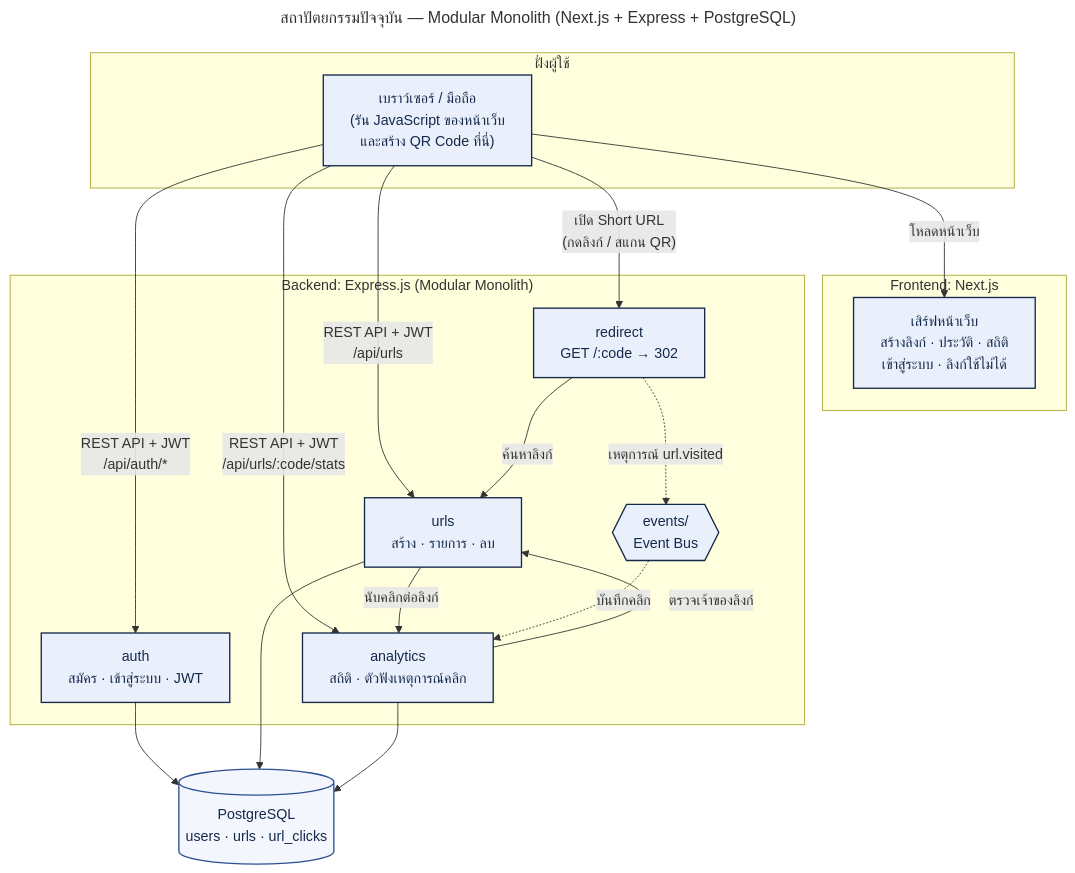
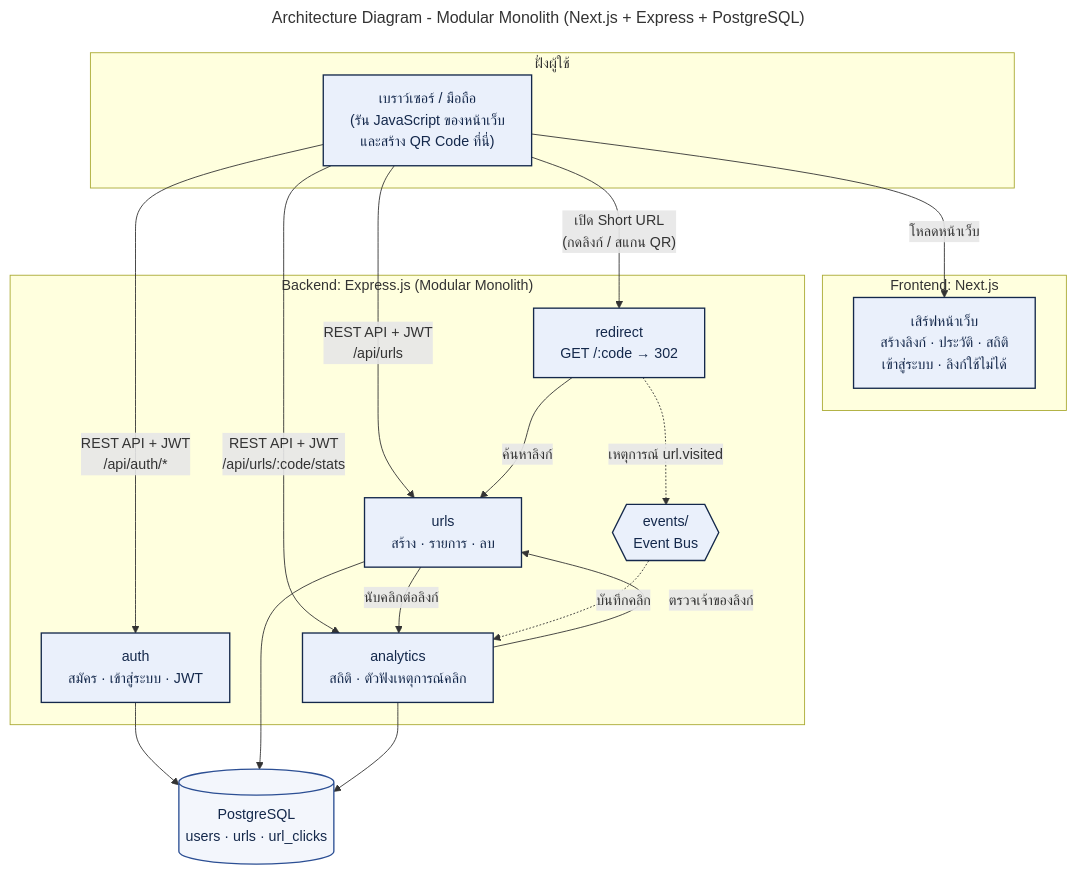
The diagram in docs/architecture-current.mmd (Theesud/short-url), drawn with Mermaid before and after one commit. The commit also changed 3 other files, not shown here.

Commit message:
docs: add proposed microservice architecture diagram

```diff
--- a/docs/architecture-current.mmd
+++ b/docs/architecture-current.mmd
@@ -1,42 +1,42 @@
 ---
-title: "สถาปัตยกรรมปัจจุบัน — Modular Monolith (Next.js + Express + PostgreSQL)"
+title: "Architecture Diagram - Modular Monolith (Next.js + Express + PostgreSQL)"
 ---
 flowchart TB
     subgraph CL["ฝั่งผู้ใช้"]
         B["เบราว์เซอร์ / มือถือ<br/>(รัน JavaScript ของหน้าเว็บ<br/>และสร้าง QR Code ที่นี่)"]
     end
 
     subgraph FE["Frontend: Next.js"]
         N["เสิร์ฟหน้าเว็บ<br/>สร้างลิงก์ · ประวัติ · สถิติ<br/>เข้าสู่ระบบ · ลิงก์ใช้ไม่ได้"]
     end
 
     subgraph BE["Backend: Express.js (Modular Monolith)"]
         AUTH["auth<br/>สมัคร · เข้าสู่ระบบ · JWT"]
         URLS["urls<br/>สร้าง · รายการ · ลบ"]
         RED["redirect<br/>GET /:code → 302"]
         ANA["analytics<br/>สถิติ · ตัวฟังเหตุการณ์คลิก"]
         BUS{{"events/<br/>Event Bus"}}
     end
 
     DB[("PostgreSQL<br/>users · urls · url_clicks")]
 
     B -->|"โหลดหน้าเว็บ"| N
     B -->|"REST API + JWT<br/>/api/auth/*"| AUTH
     B -->|"REST API + JWT<br/>/api/urls"| URLS
     B -->|"REST API + JWT<br/>/api/urls/:code/stats"| ANA
     B -->|"เปิด Short URL<br/>(กดลิงก์ / สแกน QR)"| RED
 
     RED -->|"ค้นหาลิงก์"| URLS
     URLS -->|"นับคลิกต่อลิงก์"| ANA
     ANA -->|"ตรวจเจ้าของลิงก์"| URLS
     RED -.->|"เหตุการณ์ url.visited"| BUS
     BUS -.->|"บันทึกคลิก"| ANA
 
     AUTH --> DB
     URLS --> DB
     ANA --> DB
 
     classDef box fill:#eaf0fb,stroke:#14284b,stroke-width:1.5px,color:#14284b
     classDef db fill:#f3f6fc,stroke:#2c4f94,stroke-width:1.5px,color:#14284b
     class B,N,AUTH,URLS,RED,ANA,BUS box
     class DB db
```
